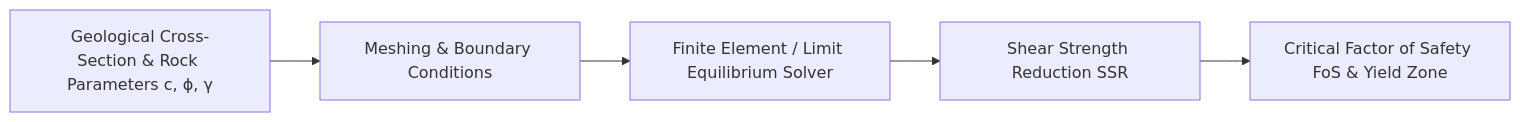
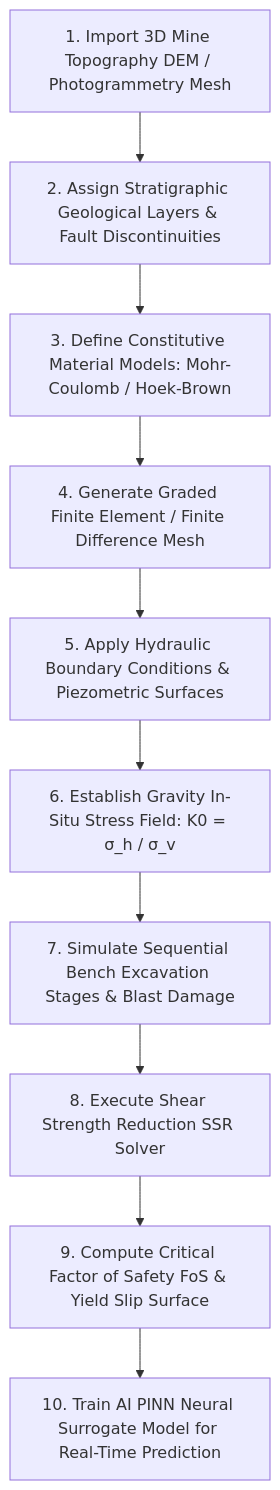
Before and after one commit to angelverman2021-a11y/Report: the second of 7 diagrams in docs/22_Numerical_Slope_Stability_Analysis.md, drawn with Mermaid. The commit also changed other lines of this file, not shown here.

````diff
--- a/docs/22_Numerical_Slope_Stability_Analysis.md
+++ b/docs/22_Numerical_Slope_Stability_Analysis.md
@@ -16,7 +184,12 @@
 ```mermaid
-flowchart LR
-    A[Geological Cross-Section & Rock Parameters c, ϕ, γ] --> B[Meshing & Boundary Conditions]
-    B --> C[Finite Element / Limit Equilibrium Solver]
-    C --> D[Shear Strength Reduction SSR]
-    D --> E[Critical Factor of Safety FoS & Yield Zone]
+flowchart TD
+    CAD[1. Import 3D Mine Topography DEM / Photogrammetry Mesh] --> GEO[2. Assign Stratigraphic Geological Layers & Fault Discontinuities]
+    GEO --> MAT[3. Define Constitutive Material Models: Mohr-Coulomb / Hoek-Brown]
+    MAT --> MESH[4. Generate Graded Finite Element / Finite Difference Mesh]
+    MESH --> HYDRO[5. Apply Hydraulic Boundary Conditions & Piezometric Surfaces]
+    HYDRO --> IN_SITU[6. Establish Gravity In-Situ Stress Field: K0 = σ_h / σ_v]
+    IN_SITU --> EXCAV[7. Simulate Sequential Bench Excavation Stages & Blast Damage]
+    EXCAV --> SSR_SOLVE[8. Execute Shear Strength Reduction SSR Solver]
+    SSR_SOLVE --> OUT_FOS[9. Compute Critical Factor of Safety FoS & Yield Slip Surface]
+    OUT_FOS --> SURROGATE[10. Train AI PINN Neural Surrogate Model for Real-Time Prediction]
 ```
````
